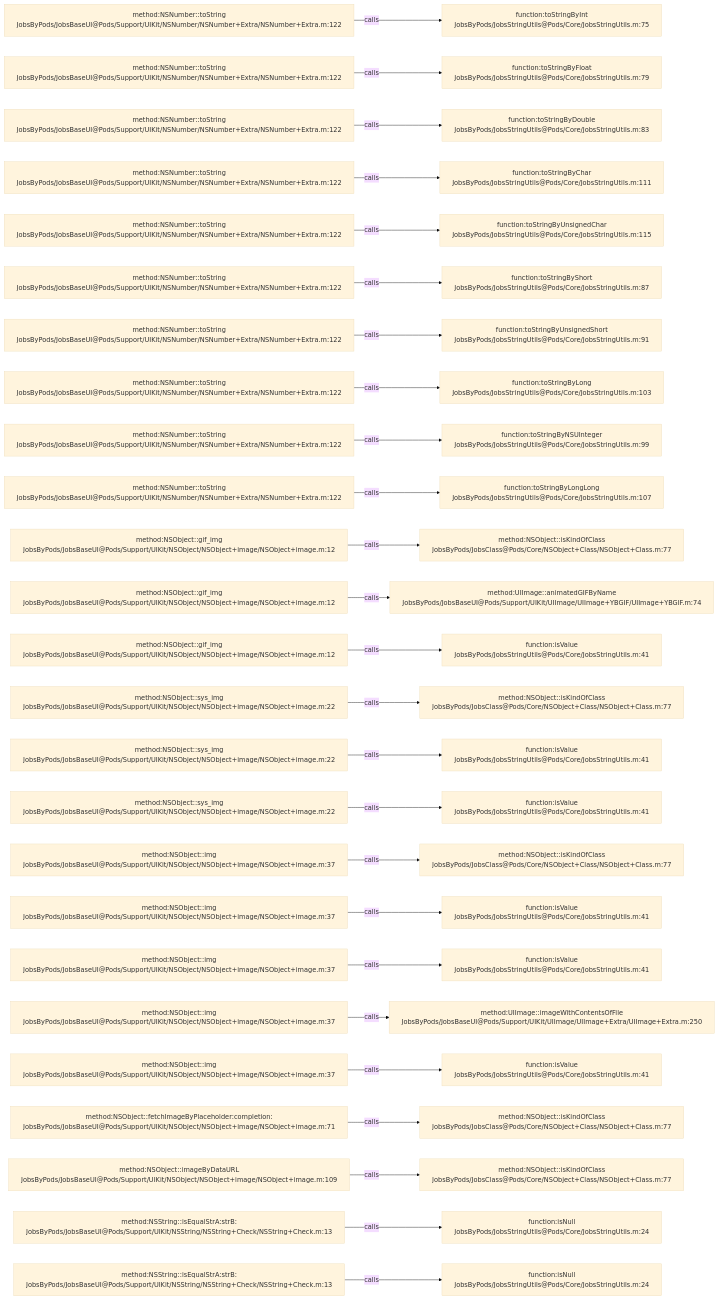
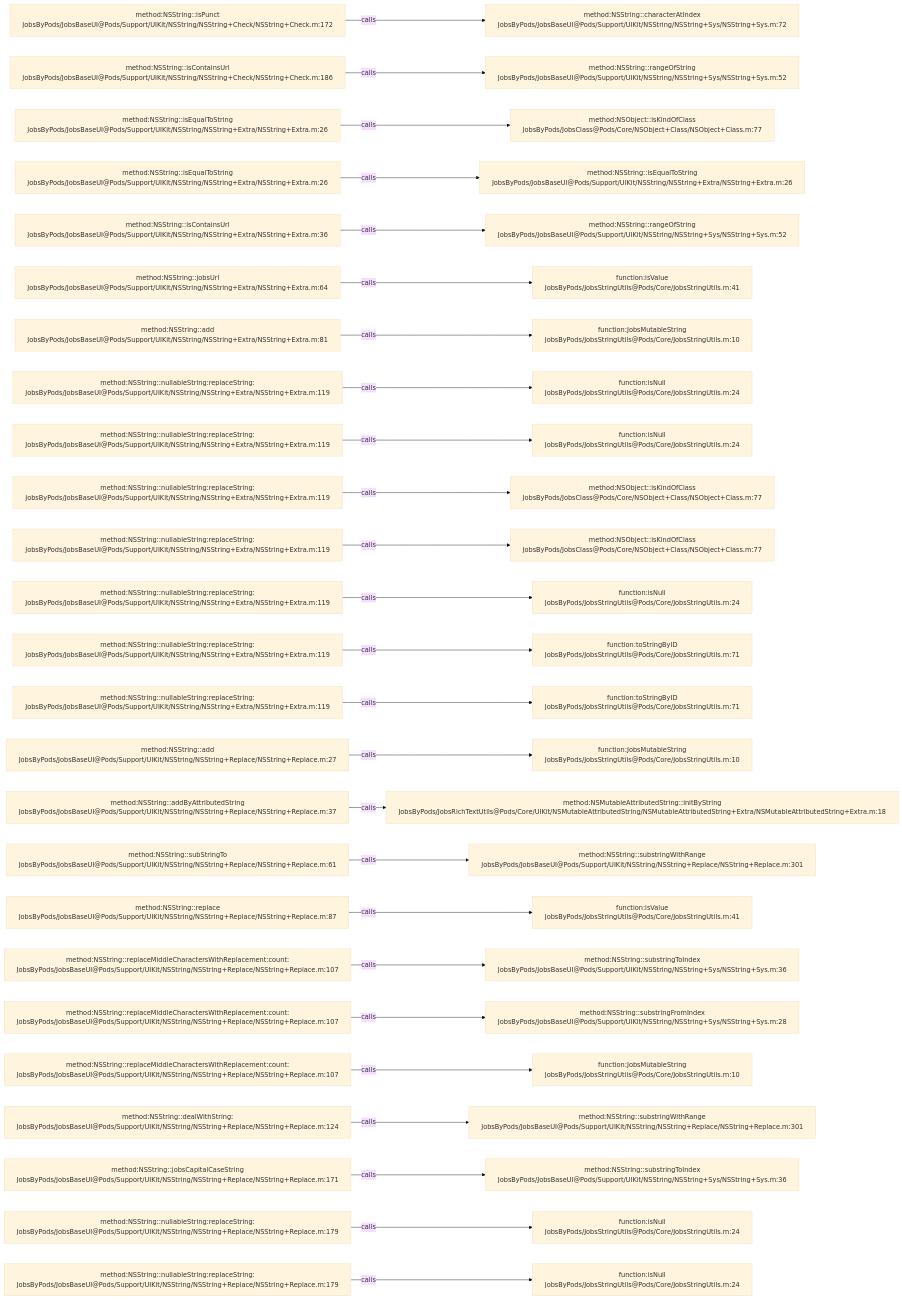
Before and after one commit to JobsKits/JobsOCBaseConfigDemo: the diagram in .codegraph/codegraph.md/graphs/calls-038.md, drawn with Mermaid (base theme). The commit also changed 639 other files, not shown here.

````diff
--- a/.codegraph/codegraph.md/graphs/calls-038.md
+++ b/.codegraph/codegraph.md/graphs/calls-038.md
@@ -13,78 +13,78 @@
 ```mermaid
 flowchart LR
-  S1["method:NSNumber::toString<br/>JobsByPods/JobsBaseUI@Pods/Support/UIKit/NSNumber/NSNumber+Extra/NSNumber+Extra.m:122"]
-  T1["function:toStringByInt<br/>JobsByPods/JobsStringUtils@Pods/Core/JobsStringUtils.m:75"]
+  S1["method:NSString::isPunct<br/>JobsByPods/JobsBaseUI@Pods/Support/UIKit/NSString/NSString+Check/NSString+Check.m:172"]
+  T1["method:NSString::characterAtIndex<br/>JobsByPods/JobsBaseUI@Pods/Support/UIKit/NSString/NSString+Sys/NSString+Sys.m:72"]
   S1 -->|calls| T1
-  S2["method:NSNumber::toString<br/>JobsByPods/JobsBaseUI@Pods/Support/UIKit/NSNumber/NSNumber+Extra/NSNumber+Extra.m:122"]
-  T2["function:toStringByFloat<br/>JobsByPods/JobsStringUtils@Pods/Core/JobsStringUtils.m:79"]
+  S2["method:NSString::isContainsUrl<br/>JobsByPods/JobsBaseUI@Pods/Support/UIKit/NSString/NSString+Check/NSString+Check.m:186"]
+  T2["method:NSString::rangeOfString<br/>JobsByPods/JobsBaseUI@Pods/Support/UIKit/NSString/NSString+Sys/NSString+Sys.m:52"]
   S2 -->|calls| T2
-  S3["method:NSNumber::toString<br/>JobsByPods/JobsBaseUI@Pods/Support/UIKit/NSNumber/NSNumber+Extra/NSNumber+Extra.m:122"]
-  T3["function:toStringByDouble<br/>JobsByPods/JobsStringUtils@Pods/Core/JobsStringUtils.m:83"]
+  S3["method:NSString::isEqualToString<br/>JobsByPods/JobsBaseUI@Pods/Support/UIKit/NSString/NSString+Extra/NSString+Extra.m:26"]
+  T3["method:NSObject::isKindOfClass<br/>JobsByPods/JobsClass@Pods/Core/NSObject+Class/NSObject+Class.m:77"]
   S3 -->|calls| T3
-  S4["method:NSNumber::toString<br/>JobsByPods/JobsBaseUI@Pods/Support/UIKit/NSNumber/NSNumber+Extra/NSNumber+Extra.m:122"]
-  T4["function:toStringByChar<br/>JobsByPods/JobsStringUtils@Pods/Core/JobsStringUtils.m:111"]
+  S4["method:NSString::isEqualToString<br/>JobsByPods/JobsBaseUI@Pods/Support/UIKit/NSString/NSString+Extra/NSString+Extra.m:26"]
+  T4["method:NSString::isEqualToString<br/>JobsByPods/JobsBaseUI@Pods/Support/UIKit/NSString/NSString+Extra/NSString+Extra.m:26"]
   S4 -->|calls| T4
-  S5["method:NSNumber::toString<br/>JobsByPods/JobsBaseUI@Pods/Support/UIKit/NSNumber/NSNumber+Extra/NSNumber+Extra.m:122"]
-  T5["function:toStringByUnsignedChar<br/>JobsByPods/JobsStringUtils@Pods/Core/JobsStringUtils.m:115"]
+  S5["method:NSString::isContainsUrl<br/>JobsByPods/JobsBaseUI@Pods/Support/UIKit/NSString/NSString+Extra/NSString+Extra.m:36"]
+  T5["method:NSString::rangeOfString<br/>JobsByPods/JobsBaseUI@Pods/Support/UIKit/NSString/NSString+Sys/NSString+Sys.m:52"]
   S5 -->|calls| T5
-  S6["method:NSNumber::toString<br/>JobsByPods/JobsBaseUI@Pods/Support/UIKit/NSNumber/NSNumber+Extra/NSNumber+Extra.m:122"]
-  T6["function:toStringByShort<br/>JobsByPods/JobsStringUtils@Pods/Core/JobsStringUtils.m:87"]
+  S6["method:NSString::jobsUrl<br/>JobsByPods/JobsBaseUI@Pods/Support/UIKit/NSString/NSString+Extra/NSString+Extra.m:64"]
+  T6["function:isValue<br/>JobsByPods/JobsStringUtils@Pods/Core/JobsStringUtils.m:41"]
   S6 -->|calls| T6
-  S7["method:NSNumber::toString<br/>JobsByPods/JobsBaseUI@Pods/Support/UIKit/NSNumber/NSNumber+Extra/NSNumber+Extra.m:122"]
-  T7["function:toStringByUnsignedShort<br/>JobsByPods/JobsStringUtils@Pods/Core/JobsStringUtils.m:91"]
+  S7["method:NSString::add<br/>JobsByPods/JobsBaseUI@Pods/Support/UIKit/NSString/NSString+Extra/NSString+Extra.m:81"]
+  T7["function:JobsMutableString<br/>JobsByPods/JobsStringUtils@Pods/Core/JobsStringUtils.m:10"]
   S7 -->|calls| T7
-  S8["method:NSNumber::toString<br/>JobsByPods/JobsBaseUI@Pods/Support/UIKit/NSNumber/NSNumber+Extra/NSNumber+Extra.m:122"]
-  T8["function:toStringByLong<br/>JobsByPods/JobsStringUtils@Pods/Core/JobsStringUtils.m:103"]
+  S8["method:NSString::nullableString:replaceString:<br/>JobsByPods/JobsBaseUI@Pods/Support/UIKit/NSString/NSString+Extra/NSString+Extra.m:119"]
+  T8["function:isNull<br/>JobsByPods/JobsStringUtils@Pods/Core/JobsStringUtils.m:24"]
   S8 -->|calls| T8
-  S9["method:NSNumber::toString<br/>JobsByPods/JobsBaseUI@Pods/Support/UIKit/NSNumber/NSNumber+Extra/NSNumber+Extra.m:122"]
-  T9["function:toStringByNSUInteger<br/>JobsByPods/JobsStringUtils@Pods/Core/JobsStringUtils.m:99"]
+  S9["method:NSString::nullableString:replaceString:<br/>JobsByPods/JobsBaseUI@Pods/Support/UIKit/NSString/NSString+Extra/NSString+Extra.m:119"]
+  T9["function:isNull<br/>JobsByPods/JobsStringUtils@Pods/Core/JobsStringUtils.m:24"]
   S9 -->|calls| T9
-  S10["method:NSNumber::toString<br/>JobsByPods/JobsBaseUI@Pods/Support/UIKit/NSNumber/NSNumber+Extra/NSNumber+Extra.m:122"]
-  T10["function:toStringByLongLong<br/>JobsByPods/JobsStringUtils@Pods/Core/JobsStringUtils.m:107"]
+  S10["method:NSString::nullableString:replaceString:<br/>JobsByPods/JobsBaseUI@Pods/Support/UIKit/NSString/NSString+Extra/NSString+Extra.m:119"]
+  T10["method:NSObject::isKindOfClass<br/>JobsByPods/JobsClass@Pods/Core/NSObject+Class/NSObject+Class.m:77"]
   S10 -->|calls| T10
-  S11["method:NSObject::gif_img<br/>JobsByPods/JobsBaseUI@Pods/Support/UIKit/NSObject/NSObject+image/NSObject+image.m:12"]
+  S11["method:NSString::nullableString:replaceString:<br/>JobsByPods/JobsBaseUI@Pods/Support/UIKit/NSString/NSString+Extra/NSString+Extra.m:119"]
   T11["method:NSObject::isKindOfClass<br/>JobsByPods/JobsClass@Pods/Core/NSObject+Class/NSObject+Class.m:77"]
   S11 -->|calls| T11
-  S12["method:NSObject::gif_img<br/>JobsByPods/JobsBaseUI@Pods/Support/UIKit/NSObject/NSObject+image/NSObject+image.m:12"]
-  T12["method:UIImage::animatedGIFByName<br/>JobsByPods/JobsBaseUI@Pods/Support/UIKit/UIImage/UIImage+YBGIF/UIImage+YBGIF.m:74"]
+  S12["method:NSString::nullableString:replaceString:<br/>JobsByPods/JobsBaseUI@Pods/Support/UIKit/NSString/NSString+Extra/NSString+Extra.m:119"]
+  T12["function:isNull<br/>JobsByPods/JobsStringUtils@Pods/Core/JobsStringUtils.m:24"]
   S12 -->|calls| T12
-  S13["method:NSObject::gif_img<br/>JobsByPods/JobsBaseUI@Pods/Support/UIKit/NSObject/NSObject+image/NSObject+image.m:12"]
-  T13["function:isValue<br/>JobsByPods/JobsStringUtils@Pods/Core/JobsStringUtils.m:41"]
+  S13["method:NSString::nullableString:replaceString:<br/>JobsByPods/JobsBaseUI@Pods/Support/UIKit/NSString/NSString+Extra/NSString+Extra.m:119"]
+  T13["function:toStringByID<br/>JobsByPods/JobsStringUtils@Pods/Core/JobsStringUtils.m:71"]
   S13 -->|calls| T13
-  S14["method:NSObject::sys_img<br/>JobsByPods/JobsBaseUI@Pods/Support/UIKit/NSObject/NSObject+image/NSObject+image.m:22"]
-  T14["method:NSObject::isKindOfClass<br/>JobsByPods/JobsClass@Pods/Core/NSObject+Class/NSObject+Class.m:77"]
+  S14["method:NSString::nullableString:replaceString:<br/>JobsByPods/JobsBaseUI@Pods/Support/UIKit/NSString/NSString+Extra/NSString+Extra.m:119"]
+  T14["function:toStringByID<br/>JobsByPods/JobsStringUtils@Pods/Core/JobsStringUtils.m:71"]
   S14 -->|calls| T14
-  S15["method:NSObject::sys_img<br/>JobsByPods/JobsBaseUI@Pods/Support/UIKit/NSObject/NSObject+image/NSObject+image.m:22"]
-  T15["function:isValue<br/>JobsByPods/JobsStringUtils@Pods/Core/JobsStringUtils.m:41"]
+  S15["method:NSString::add<br/>JobsByPods/JobsBaseUI@Pods/Support/UIKit/NSString/NSString+Replace/NSString+Replace.m:27"]
+  T15["function:JobsMutableString<br/>JobsByPods/JobsStringUtils@Pods/Core/JobsStringUtils.m:10"]
   S15 -->|calls| T15
-  S16["method:NSObject::sys_img<br/>JobsByPods/JobsBaseUI@Pods/Support/UIKit/NSObject/NSObject+image/NSObject+image.m:22"]
-  T16["function:isValue<br/>JobsByPods/JobsStringUtils@Pods/Core/JobsStringUtils.m:41"]
+  S16["method:NSString::addByAttributedString<br/>JobsByPods/JobsBaseUI@Pods/Support/UIKit/NSString/NSString+Replace/NSString+Replace.m:37"]
+  T16["method:NSMutableAttributedString::initByString<br/>JobsByPods/JobsRichTextUtils@Pods/Core/UIKit/NSMutableAttributedString/NSMutableAttributedString+Extra/NSMutableAttributedString+Extra.m:18"]
   S16 -->|calls| T16
-  S17["method:NSObject::img<br/>JobsByPods/JobsBaseUI@Pods/Support/UIKit/NSObject/NSObject+image/NSObject+image.m:37"]
-  T17["method:NSObject::isKindOfClass<br/>JobsByPods/JobsClass@Pods/Core/NSObject+Class/NSObject+Class.m:77"]
+  S17["method:NSString::subStringTo<br/>JobsByPods/JobsBaseUI@Pods/Support/UIKit/NSString/NSString+Replace/NSString+Replace.m:61"]
+  T17["method:NSString::substringWithRange<br/>JobsByPods/JobsBaseUI@Pods/Support/UIKit/NSString/NSString+Replace/NSString+Replace.m:301"]
   S17 -->|calls| T17
-  S18["method:NSObject::img<br/>JobsByPods/JobsBaseUI@Pods/Support/UIKit/NSObject/NSObject+image/NSObject+image.m:37"]
+  S18["method:NSString::replace<br/>JobsByPods/JobsBaseUI@Pods/Support/UIKit/NSString/NSString+Replace/NSString+Replace.m:87"]
   T18["function:isValue<br/>JobsByPods/JobsStringUtils@Pods/Core/JobsStringUtils.m:41"]
   S18 -->|calls| T18
-  S19["method:NSObject::img<br/>JobsByPods/JobsBaseUI@Pods/Support/UIKit/NSObject/NSObject+image/NSObject+image.m:37"]
-  T19["function:isValue<br/>JobsByPods/JobsStringUtils@Pods/Core/JobsStringUtils.m:41"]
+  S19["method:NSString::replaceMiddleCharactersWithReplacement:count:<br/>JobsByPods/JobsBaseUI@Pods/Support/UIKit/NSString/NSString+Replace/NSString+Replace.m:107"]
+  T19["method:NSString::substringToIndex<br/>JobsByPods/JobsBaseUI@Pods/Support/UIKit/NSString/NSString+Sys/NSString+Sys.m:36"]
   S19 -->|calls| T19
-  S20["method:NSObject::img<br/>JobsByPods/JobsBaseUI@Pods/Support/UIKit/NSObject/NSObject+image/NSObject+image.m:37"]
-  T20["method:UIImage::imageWithContentsOfFile<br/>JobsByPods/JobsBaseUI@Pods/Support/UIKit/UIImage/UIImage+Extra/UIImage+Extra.m:250"]
+  S20["method:NSString::replaceMiddleCharactersWithReplacement:count:<br/>JobsByPods/JobsBaseUI@Pods/Support/UIKit/NSString/NSString+Replace/NSString+Replace.m:107"]
+  T20["method:NSString::substringFromIndex<br/>JobsByPods/JobsBaseUI@Pods/Support/UIKit/NSString/NSString+Sys/NSString+Sys.m:28"]
   S20 -->|calls| T20
-  S21["method:NSObject::img<br/>JobsByPods/JobsBaseUI@Pods/Support/UIKit/NSObject/NSObject+image/NSObject+image.m:37"]
-  T21["function:isValue<br/>JobsByPods/JobsStringUtils@Pods/Core/JobsStringUtils.m:41"]
+  S21["method:NSString::replaceMiddleCharactersWithReplacement:count:<br/>JobsByPods/JobsBaseUI@Pods/Support/UIKit/NSString/NSString+Replace/NSString+Replace.m:107"]
+  T21["function:JobsMutableString<br/>JobsByPods/JobsStringUtils@Pods/Core/JobsStringUtils.m:10"]
   S21 -->|calls| T21
-  S22["method:NSObject::fetchImageByPlaceholder:completion:<br/>JobsByPods/JobsBaseUI@Pods/Support/UIKit/NSObject/NSObject+image/NSObject+image.m:71"]
-  T22["method:NSObject::isKindOfClass<br/>JobsByPods/JobsClass@Pods/Core/NSObject+Class/NSObject+Class.m:77"]
+  S22["method:NSString::dealWithString:<br/>JobsByPods/JobsBaseUI@Pods/Support/UIKit/NSString/NSString+Replace/NSString+Replace.m:124"]
+  T22["method:NSString::substringWithRange<br/>JobsByPods/JobsBaseUI@Pods/Support/UIKit/NSString/NSString+Replace/NSString+Replace.m:301"]
   S22 -->|calls| T22
-  S23["method:NSObject::imageByDataURL<br/>JobsByPods/JobsBaseUI@Pods/Support/UIKit/NSObject/NSObject+image/NSObject+image.m:109"]
-  T23["method:NSObject::isKindOfClass<br/>JobsByPods/JobsClass@Pods/Core/NSObject+Class/NSObject+Class.m:77"]
+  S23["method:NSString::jobsCapitalCaseString<br/>JobsByPods/JobsBaseUI@Pods/Support/UIKit/NSString/NSString+Replace/NSString+Replace.m:171"]
+  T23["method:NSString::substringToIndex<br/>JobsByPods/JobsBaseUI@Pods/Support/UIKit/NSString/NSString+Sys/NSString+Sys.m:36"]
   S23 -->|calls| T23
-  S24["method:NSString::isEqualStrA:strB:<br/>JobsByPods/JobsBaseUI@Pods/Support/UIKit/NSString/NSString+Check/NSString+Check.m:13"]
+  S24["method:NSString::nullableString:replaceString:<br/>JobsByPods/JobsBaseUI@Pods/Support/UIKit/NSString/NSString+Replace/NSString+Replace.m:179"]
   T24["function:isNull<br/>JobsByPods/JobsStringUtils@Pods/Core/JobsStringUtils.m:24"]
   S24 -->|calls| T24
-  S25["method:NSString::isEqualStrA:strB:<br/>JobsByPods/JobsBaseUI@Pods/Support/UIKit/NSString/NSString+Check/NSString+Check.m:13"]
+  S25["method:NSString::nullableString:replaceString:<br/>JobsByPods/JobsBaseUI@Pods/Support/UIKit/NSString/NSString+Replace/NSString+Replace.m:179"]
   T25["function:isNull<br/>JobsByPods/JobsStringUtils@Pods/Core/JobsStringUtils.m:24"]
   S25 -->|calls| T25
 ```
````
